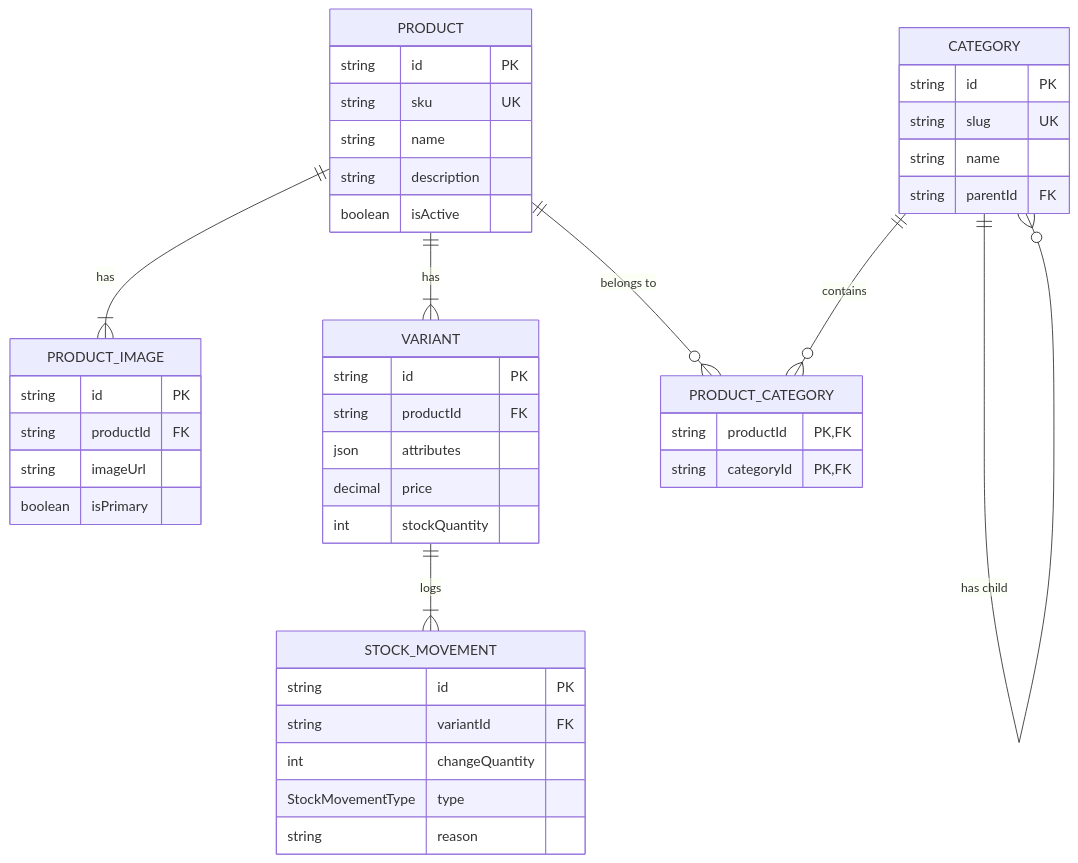
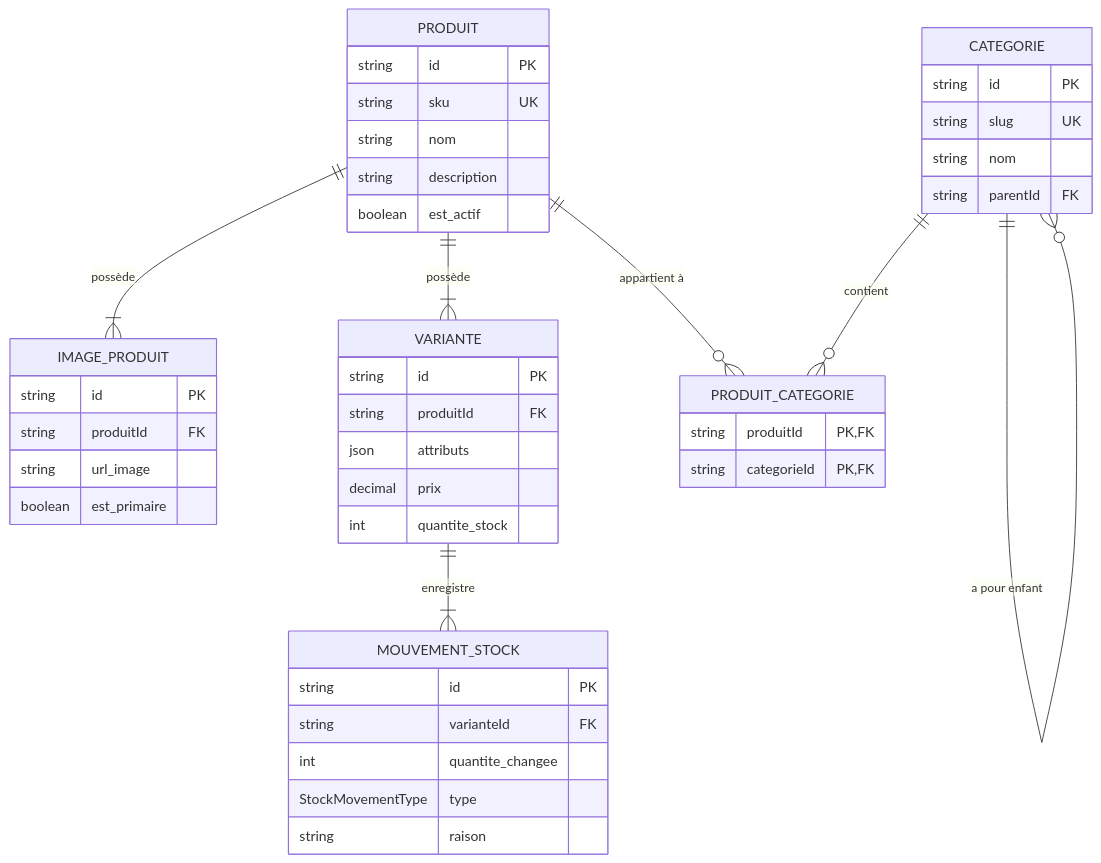
The third of 10 diagrams in MVP.md (HarcheSamir/esisba-lirmm-ecommerce), drawn with Mermaid before and after one commit. The commit also changed other lines of this file, not shown here.

````diff
--- a/MVP.md
+++ b/MVP.md
@@ -300,47 +304,47 @@
     ```mermaid
     erDiagram
-        PRODUCT {
+        PRODUIT {
             string id PK
             string sku UK
-            string name
+            string nom
             string description
-            boolean isActive
+            boolean est_actif
         }
-        CATEGORY {
+        CATEGORIE {
             string id PK
             string slug UK
-            string name
+            string nom
             string parentId FK
         }
-        PRODUCT_IMAGE {
+        IMAGE_PRODUIT {
             string id PK
-            string productId FK
-            string imageUrl
-            boolean isPrimary
+            string produitId FK
+            string url_image
+            boolean est_primaire
         }
-        VARIANT {
+        VARIANTE {
             string id PK
-            string productId FK
-            json attributes
-            decimal price
-            int stockQuantity
+            string produitId FK
+            json attributs
+            decimal prix
+            int quantite_stock
         }
-        PRODUCT_CATEGORY {
-            string productId PK, FK
-            string categoryId PK, FK
+        PRODUIT_CATEGORIE {
+            string produitId PK, FK
+            string categorieId PK, FK
         }
-        STOCK_MOVEMENT {
+        MOUVEMENT_STOCK {
             string id PK
-            string variantId FK
-            int changeQuantity
+            string varianteId FK
+            int quantite_changee
             StockMovementType type
-            string reason
+            string raison
         }
 
-        PRODUCT ||--|{ PRODUCT_IMAGE : "has"
-        PRODUCT ||--|{ VARIANT : "has"
-        PRODUCT ||--o{ PRODUCT_CATEGORY : "belongs to"
-        CATEGORY ||--o{ PRODUCT_CATEGORY : "contains"
-        CATEGORY ||--o{ CATEGORY : "has child"
-        VARIANT ||--|{ STOCK_MOVEMENT : "logs"
+        PRODUIT ||--|{ IMAGE_PRODUIT : "possède"
+        PRODUIT ||--|{ VARIANTE : "possède"
+        PRODUIT ||--o{ PRODUIT_CATEGORIE : "appartient à"
+        CATEGORIE ||--o{ PRODUIT_CATEGORIE : "contient"
+        CATEGORIE ||--o{ CATEGORIE : "a pour enfant"
+        VARIANTE ||--|{ MOUVEMENT_STOCK : "enregistre"
     ```
````
